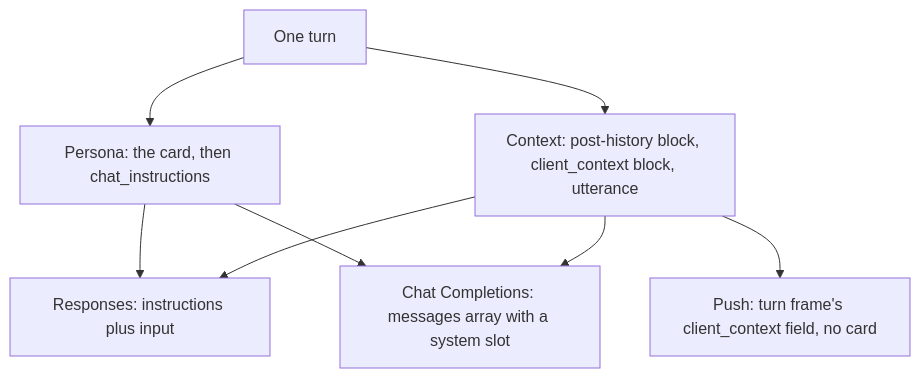
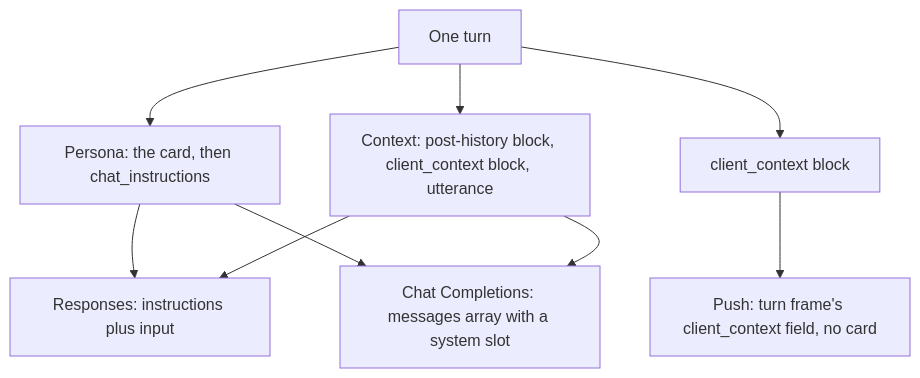
Before and after one commit to yw0nam/YUI: the diagram in docs/reference/client-context.md, drawn with Mermaid. The commit also changed other lines of this file and 6 other files, not shown here.

Commit message:
docs: Reference prose reads plainly, and its diagrams and callouts match the stated rules

````diff
--- a/docs/reference/client-context.md
+++ b/docs/reference/client-context.md
@@ -15,17 +15,19 @@
 ```mermaid
 flowchart TB
   turn["One turn"]
   persona["Persona: the card, then chat_instructions"]
   context["Context: post-history block, client_context block, utterance"]
+  block["client_context block"]
   resp["Responses: instructions plus input"]
   cc["Chat Completions: messages array with a system slot"]
   push["Push: turn frame's client_context field, no card"]
 
   turn --> persona
   turn --> context
   persona --> resp
   context --> resp
   persona --> cc
   context --> cc
-  context --> push
+  turn --> block
+  block --> push
 ```
````
